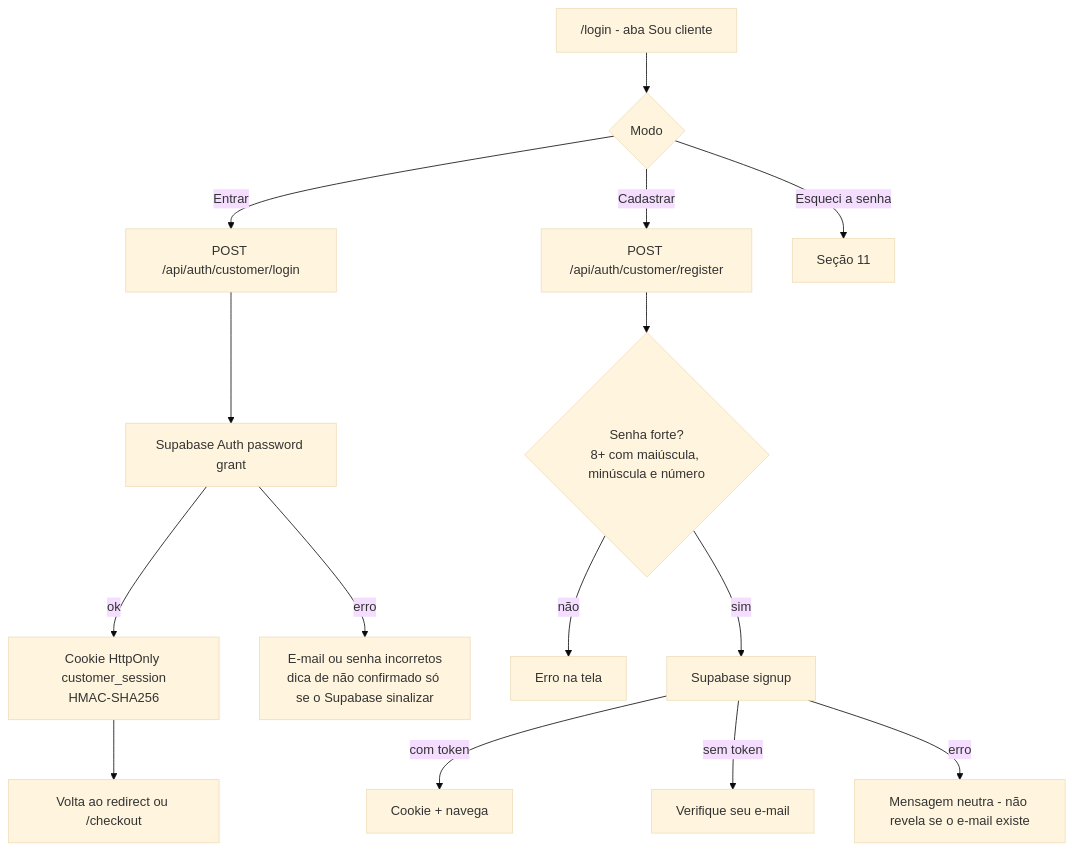
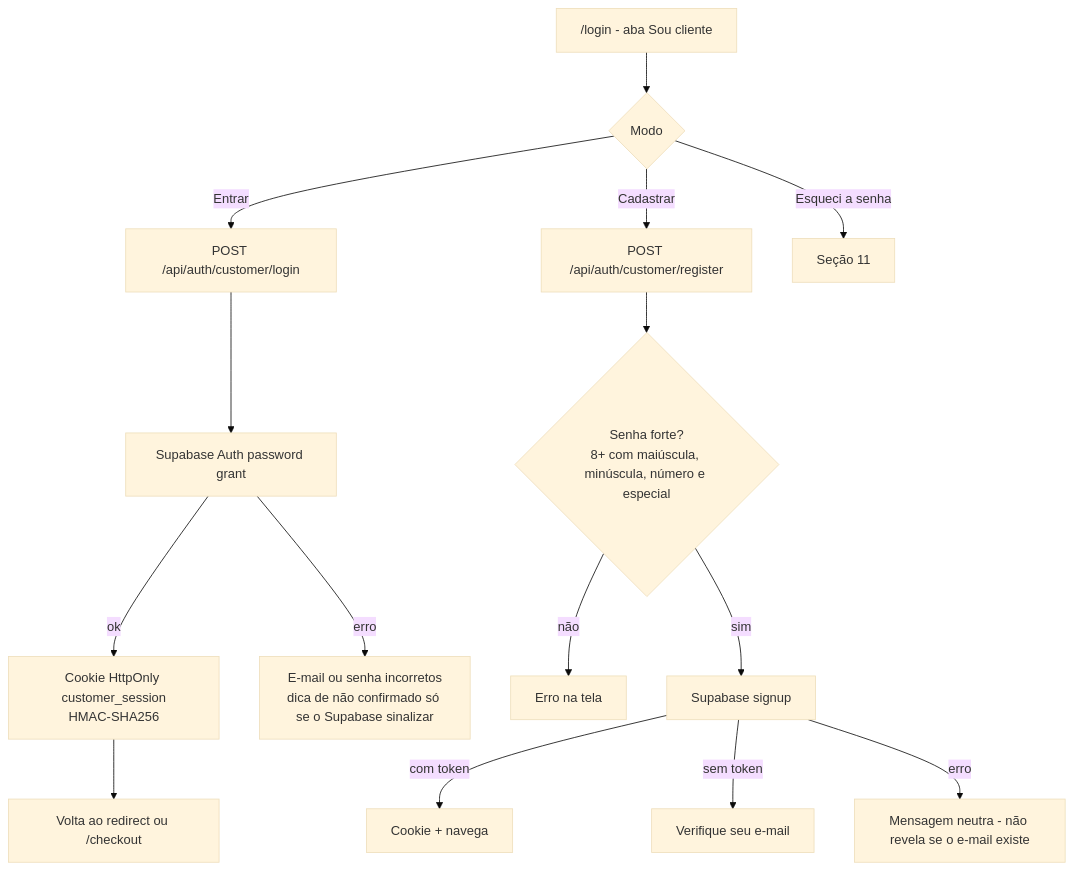
The tenth of 17 diagrams in docs/05-FLUXOS.md (JoaoLuisC/Atelie-escolar), drawn with Mermaid (base theme) before and after one commit. The commit also changed other lines of this file and 95 other files, not shown here.

````diff
--- a/docs/05-FLUXOS.md
+++ b/docs/05-FLUXOS.md
@@ -294,19 +352,19 @@
 ```mermaid
 flowchart TD
     A["/login - aba Sou cliente"] --> B{Modo}
     B -->|Entrar| C[POST /api/auth/customer/login]
     B -->|Cadastrar| D[POST /api/auth/customer/register]
     B -->|Esqueci a senha| E[Seção 11]
 
     C --> C1[Supabase Auth password grant]
     C1 -->|ok| C2[Cookie HttpOnly customer_session<br/>HMAC-SHA256]
     C2 --> C3[Volta ao redirect ou /checkout]
     C1 -->|erro| C4[E-mail ou senha incorretos<br/>dica de não confirmado só se o Supabase sinalizar]
 
-    D --> D1{Senha forte?<br/>8+ com maiúscula, minúscula e número}
+    D --> D1{Senha forte?<br/>8+ com maiúscula, minúscula, número e especial}
     D1 -->|não| D2[Erro na tela]
     D1 -->|sim| D3[Supabase signup]
     D3 -->|com token| D4[Cookie + navega]
     D3 -->|sem token| D5[Verifique seu e-mail]
     D3 -->|erro| D6[Mensagem neutra - não revela se o e-mail existe]
 ```
````
